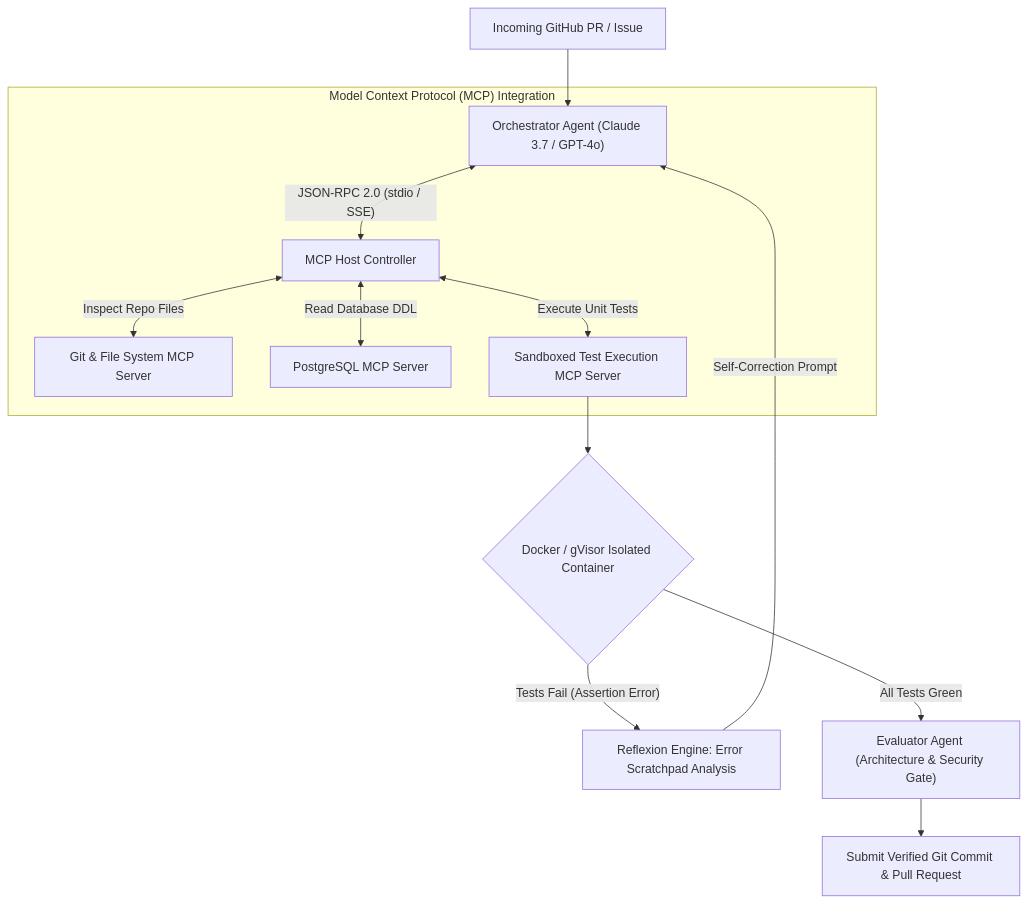
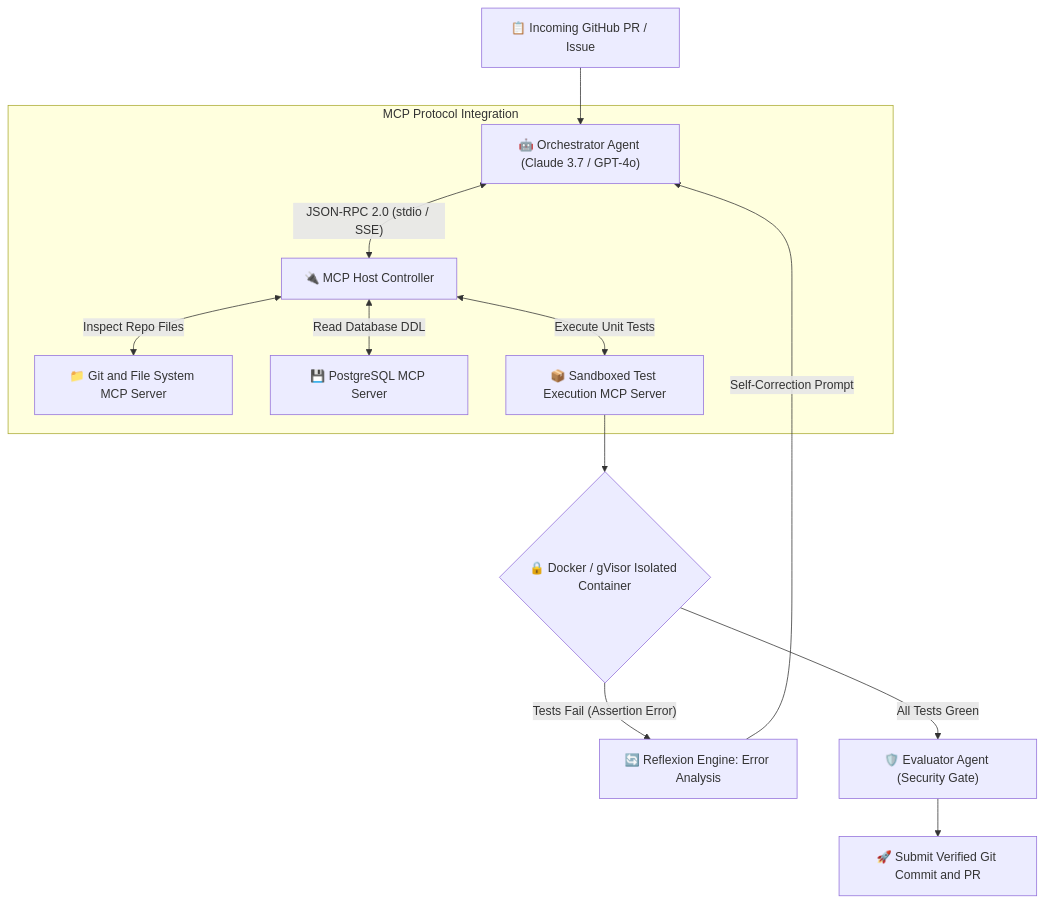
The fourth of 7 diagrams in interview/80-20-ai-interview-prep-sheet.md (dip4k/senior-engineer-to-ai-engineer-roadmap), drawn with Mermaid before and after one commit. The commit also changed other lines of this file and 94 other files, not shown here.

Commit message:
refactor(curriculum): complete Phase 04 upgrade and enforce diagram renderer invariants

````diff
--- a/interview/80-20-ai-interview-prep-sheet.md
+++ b/interview/80-20-ai-interview-prep-sheet.md
@@ -145,17 +146,17 @@
 ```mermaid
 flowchart TD
-    PR["Incoming GitHub PR / Issue"] --> Orchestrator["Orchestrator Agent (Claude 3.7 / GPT-4o)"]
+    PR["📋 Incoming GitHub PR / Issue"] --> Orchestrator["🤖 Orchestrator Agent (Claude 3.7 / GPT-4o)"]
     
-    subgraph MCPArchitecture["Model Context Protocol (MCP) Integration"]
-        Orchestrator <-->|"JSON-RPC 2.0 (stdio / SSE)"| MCPHost["MCP Host Controller"]
-        MCPHost <-->|"Inspect Repo Files"| GitMCP["Git & File System MCP Server"]
-        MCPHost <-->|"Read Database DDL"| PostgresMCP["PostgreSQL MCP Server"]
-        MCPHost <-->|"Execute Unit Tests"| DockerMCP["Sandboxed Test Execution MCP Server"]
+    subgraph MCPArchitecture["MCP Protocol Integration"]
+        Orchestrator <-->|"JSON-RPC 2.0 (stdio / SSE)"| MCPHost["🔌 MCP Host Controller"]
+        MCPHost <-->|"Inspect Repo Files"| GitMCP["📁 Git and File System MCP Server"]
+        MCPHost <-->|"Read Database DDL"| PostgresMCP["💾 PostgreSQL MCP Server"]
+        MCPHost <-->|"Execute Unit Tests"| DockerMCP["📦 Sandboxed Test Execution MCP Server"]
     end
 
-    DockerMCP --> Sandbox{"Docker / gVisor Isolated Container"}
-    Sandbox -->|"Tests Fail (Assertion Error)"| Reflector["Reflexion Engine: Error Scratchpad Analysis"]
+    DockerMCP --> Sandbox{"🔒 Docker / gVisor Isolated Container"}
+    Sandbox -->|"Tests Fail (Assertion Error)"| Reflector["🔄 Reflexion Engine: Error Analysis"]
     Reflector -->|"Self-Correction Prompt"| Orchestrator
-    Sandbox -->|"All Tests Green"| Reviewer["Evaluator Agent (Architecture & Security Gate)"]
-    Reviewer --> PRCommit["Submit Verified Git Commit & Pull Request"]
+    Sandbox -->|"All Tests Green"| Reviewer["🛡️ Evaluator Agent (Security Gate)"]
+    Reviewer --> PRCommit["🚀 Submit Verified Git Commit and PR"]
 ```
````
